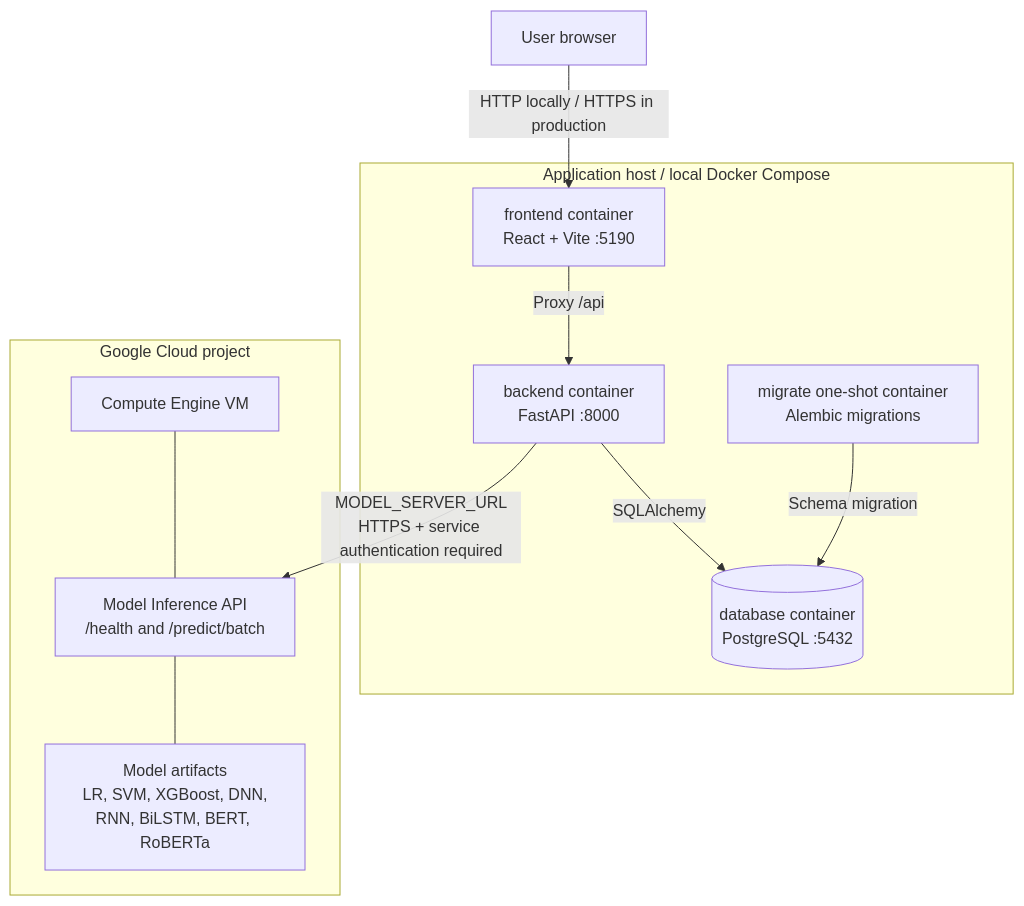
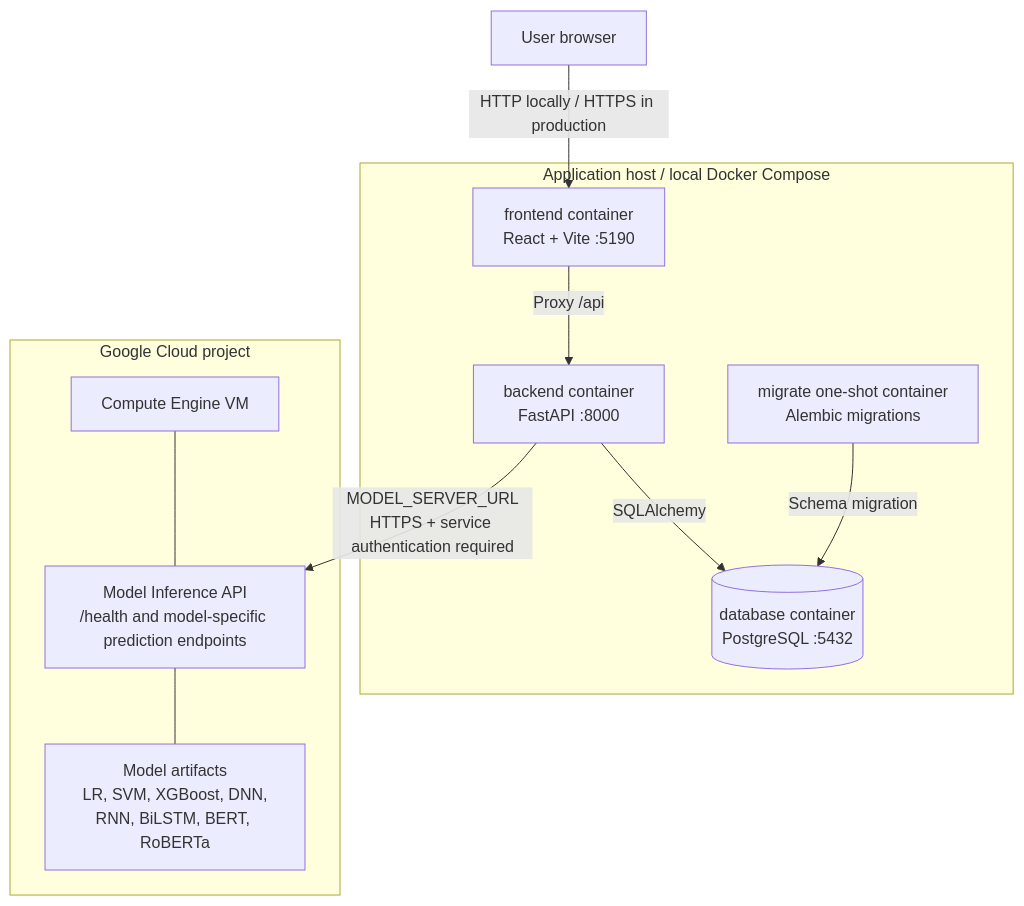
Before and after one commit to XinXie70/recruitment-fraud-detection-platform: the diagram in docs/architecture/deployment.md, drawn with Mermaid. The commit also changed 12 other files, not shown here.

````diff
--- a/docs/architecture/deployment.md
+++ b/docs/architecture/deployment.md
@@ -7,26 +7,26 @@
 ```mermaid
 flowchart TB
     browser["User browser"]
 
     subgraph host["Application host / local Docker Compose"]
         frontend["frontend container<br/>React + Vite :5190"]
         backend["backend container<br/>FastAPI :8000"]
         migration["migrate one-shot container<br/>Alembic migrations"]
         database[("database container<br/>PostgreSQL :5432")]
 
         frontend -->|"Proxy /api"| backend
         backend -->|"SQLAlchemy"| database
         migration -->|"Schema migration"| database
     end
 
     subgraph gcp["Google Cloud project"]
         vm["Compute Engine VM"]
-        model["Model Inference API<br/>/health and /predict/batch"]
+        model["Model Inference API<br/>/health and model-specific prediction endpoints"]
         artifacts["Model artifacts<br/>LR, SVM, XGBoost, DNN,<br/>RNN, BiLSTM, BERT, RoBERTa"]
         vm --- model
         model --- artifacts
     end
 
     browser -->|"HTTP locally / HTTPS in production"| frontend
     backend -->|"MODEL_SERVER_URL<br/>HTTPS + service authentication required"| model
 ```
````
